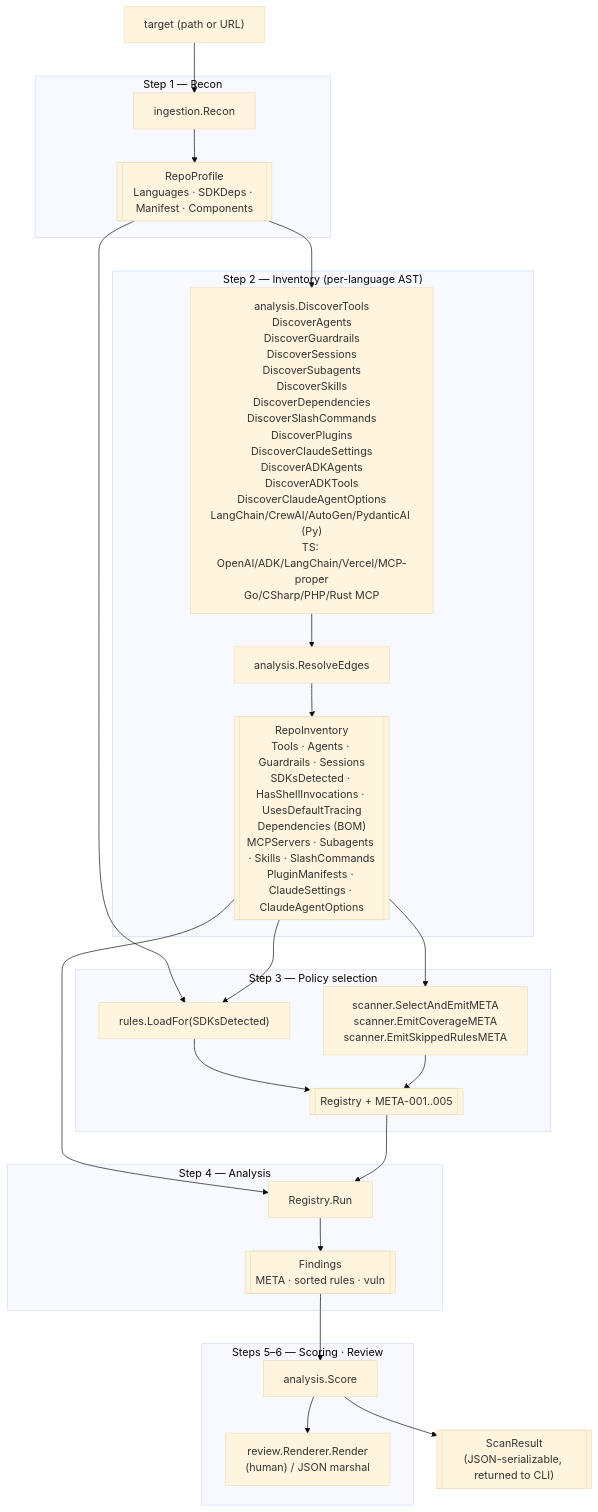
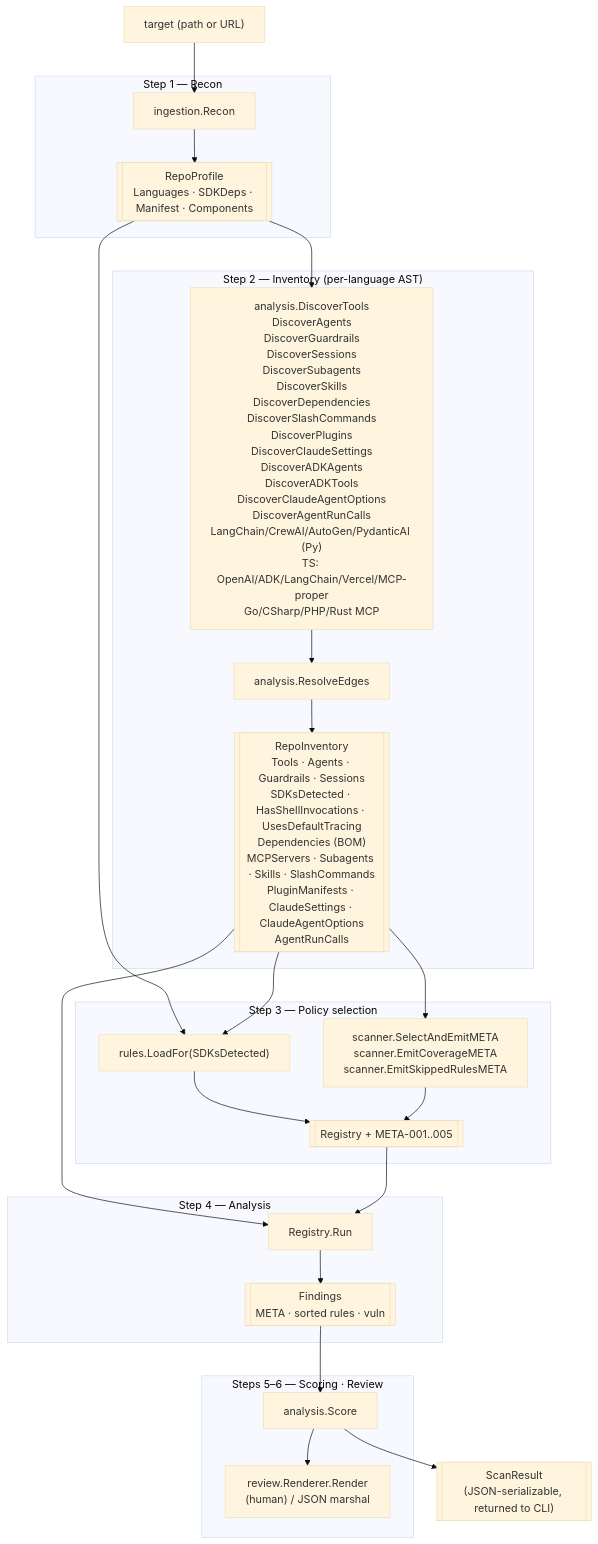
The first of 4 diagrams in ARCHITECTURE.md (trustabl/trustabl), drawn with Mermaid (base theme) before and after one commit. The commit also changed other lines of this file and 1 other file, not shown here.

First line of the commit message:
docs: record shipped execution-limit rules in COVERAGE and ARCHITECTURE

````diff
--- a/ARCHITECTURE.md
+++ b/ARCHITECTURE.md
@@ -380,49 +380,49 @@
 ```mermaid
 flowchart TD
     target["target (path or URL)"]
 
     subgraph S1["Step 1 — Recon"]
         recon["ingestion.Recon"]
         profile[["RepoProfile<br/>Languages · SDKDeps · Manifest · Components"]]
         recon --> profile
     end
 
     subgraph S2["Step 2 — Inventory (per-language AST)"]
-        disc["analysis.DiscoverTools<br/>DiscoverAgents<br/>DiscoverGuardrails<br/>DiscoverSessions<br/>DiscoverSubagents<br/>DiscoverSkills<br/>DiscoverDependencies<br/>DiscoverSlashCommands<br/>DiscoverPlugins<br/>DiscoverClaudeSettings<br/>DiscoverADKAgents<br/>DiscoverADKTools<br/>DiscoverClaudeAgentOptions<br/>LangChain/CrewAI/AutoGen/PydanticAI (Py)<br/>TS: OpenAI/ADK/LangChain/Vercel/MCP-proper<br/>Go/CSharp/PHP/Rust MCP"]
+        disc["analysis.DiscoverTools<br/>DiscoverAgents<br/>DiscoverGuardrails<br/>DiscoverSessions<br/>DiscoverSubagents<br/>DiscoverSkills<br/>DiscoverDependencies<br/>DiscoverSlashCommands<br/>DiscoverPlugins<br/>DiscoverClaudeSettings<br/>DiscoverADKAgents<br/>DiscoverADKTools<br/>DiscoverClaudeAgentOptions<br/>DiscoverAgentRunCalls<br/>LangChain/CrewAI/AutoGen/PydanticAI (Py)<br/>TS: OpenAI/ADK/LangChain/Vercel/MCP-proper<br/>Go/CSharp/PHP/Rust MCP"]
         edges["analysis.ResolveEdges"]
-        inv[["RepoInventory<br/>Tools · Agents · Guardrails · Sessions<br/>SDKsDetected · HasShellInvocations · UsesDefaultTracing<br/>Dependencies (BOM)<br/>MCPServers · Subagents · Skills · SlashCommands<br/>PluginManifests · ClaudeSettings · ClaudeAgentOptions"]]
+        inv[["RepoInventory<br/>Tools · Agents · Guardrails · Sessions<br/>SDKsDetected · HasShellInvocations · UsesDefaultTracing<br/>Dependencies (BOM)<br/>MCPServers · Subagents · Skills · SlashCommands<br/>PluginManifests · ClaudeSettings · ClaudeAgentOptions<br/>AgentRunCalls"]]
         disc --> edges --> inv
     end
 
     subgraph S3["Step 3 — Policy selection"]
         loadfor["rules.LoadFor(SDKsDetected)"]
         meta["scanner.SelectAndEmitMETA<br/>scanner.EmitCoverageMETA<br/>scanner.EmitSkippedRulesMETA"]
         reg[["Registry + META-001..005"]]
         loadfor --> reg
         meta --> reg
     end
 
     subgraph S4["Step 4 — Analysis"]
         run["Registry.Run"]
         findings[["Findings<br/>META · sorted rules · vuln"]]
         run --> findings
     end
 
     subgraph S56["Steps 5–6 — Scoring · Review"]
         score["analysis.Score"]
         render["review.Renderer.Render<br/>(human) / JSON marshal"]
         score --> render
     end
 
     result[["ScanResult<br/>(JSON-serializable, returned to CLI)"]]
 
     target --> recon
     profile --> disc
     profile --> loadfor
     inv --> loadfor
     inv --> meta
     inv --> run
     reg --> run
     findings --> score
     score --> result
 ```
````
